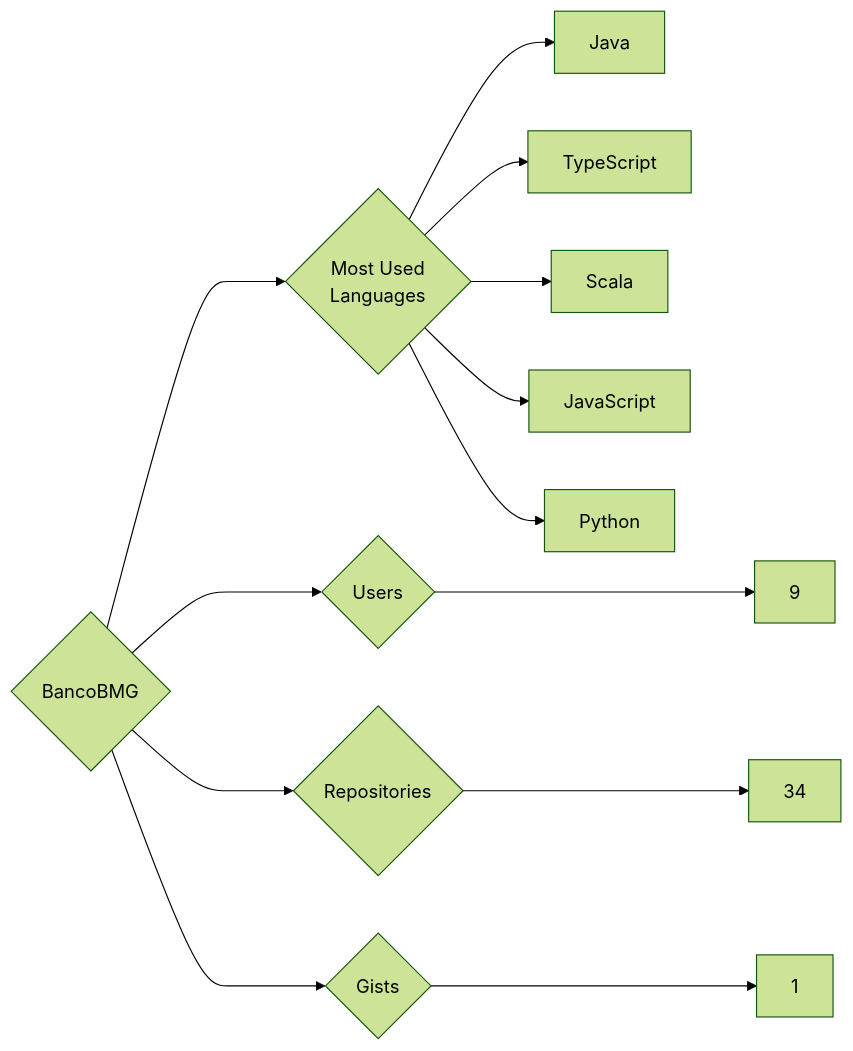
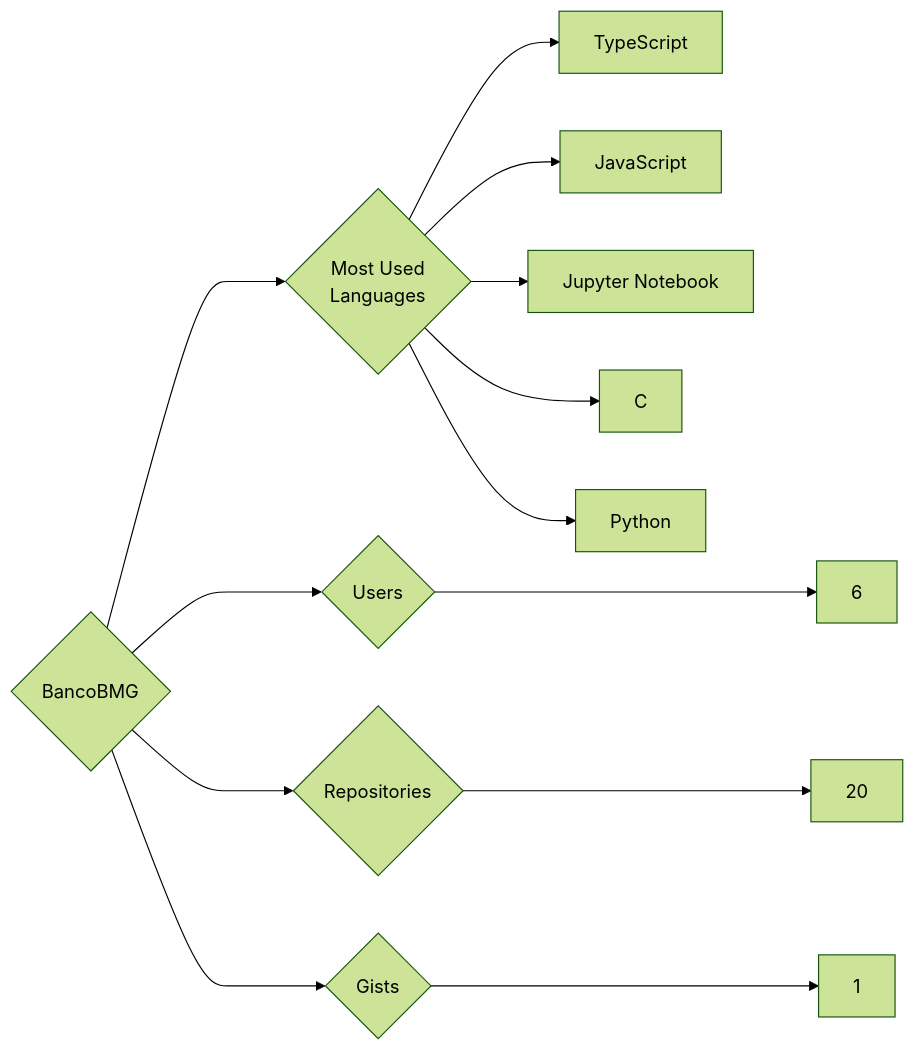
Before and after one commit to trickest/insiders: the diagram in targets/BancoBMG/README.md, drawn with Mermaid (forest theme). The commit also changed 1078 other files, not shown here.

````diff
--- a/targets/BancoBMG/README.md
+++ b/targets/BancoBMG/README.md
@@ -3,13 +3,13 @@
 ```mermaid
 graph LR
 COMPANY_NAME{BancoBMG}
-COMPANY_NAME ---> U{Users} ---> UN[9]
-COMPANY_NAME ---> R{Repositories} ---> RN[34]
+COMPANY_NAME ---> U{Users} ---> UN[6]
+COMPANY_NAME ---> R{Repositories} ---> RN[20]
 COMPANY_NAME ---> G{Gists} ---> GN[1]
 COMPANY_NAME ---> ML{Most Used<br>Languages}
-ML --> Java[Java]
 ML --> TypeScript[TypeScript]
-ML --> Scala[Scala]
 ML --> JavaScript[JavaScript]
+ML --> Jupyter_Notebook[Jupyter Notebook]
+ML --> C[C]
 ML --> Python[Python]
 ```
````
